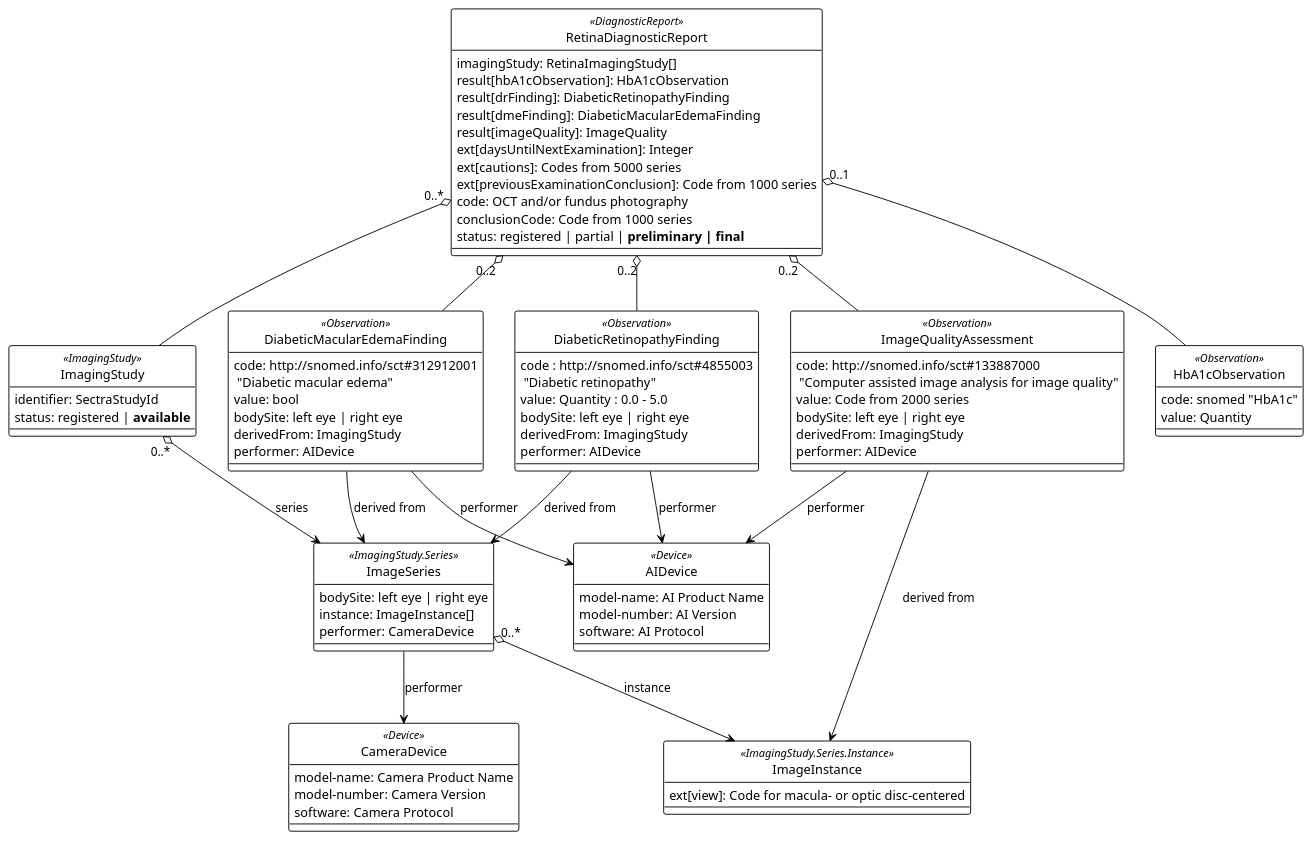
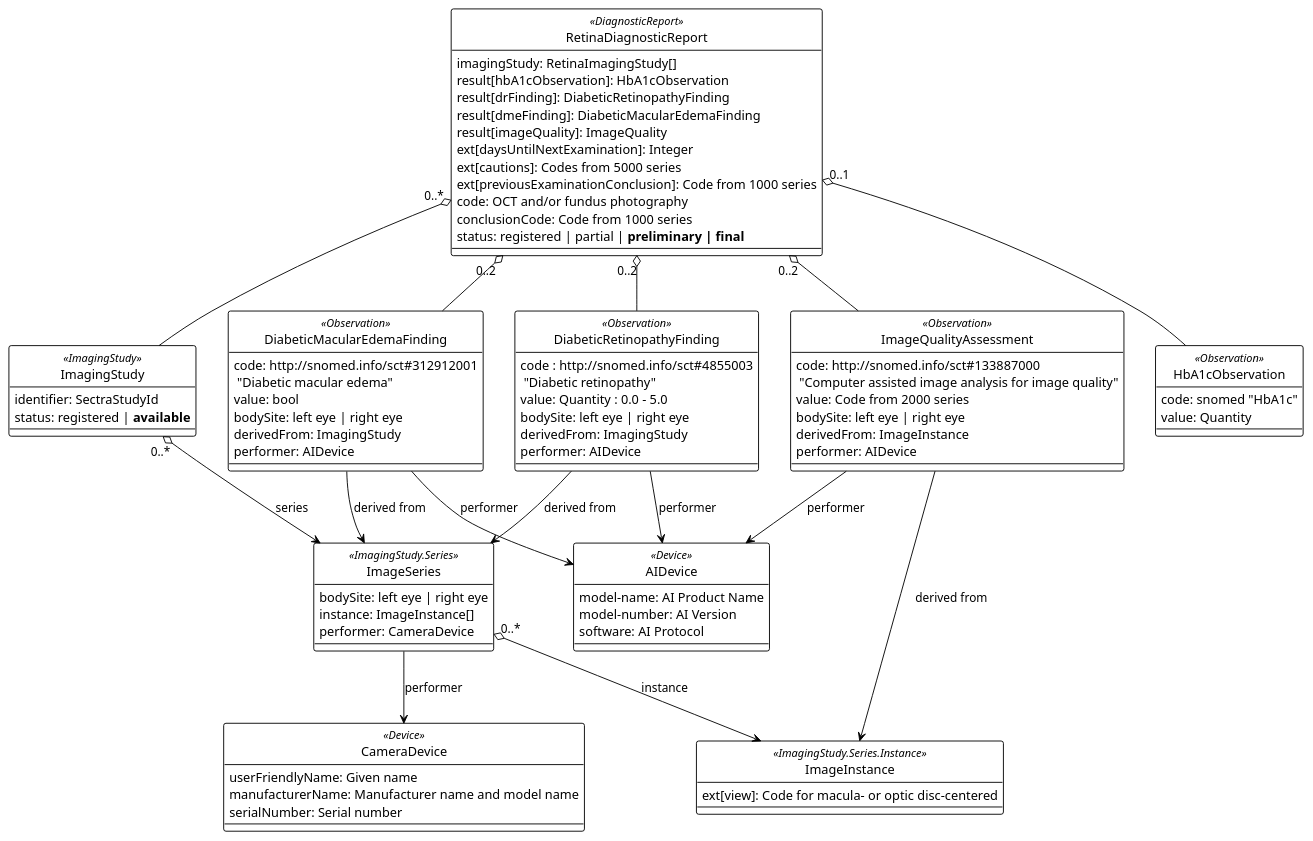
Before and after one commit to DIPSAS/DIPS-RetinaIntegration-IG: the diagram in docs/diagnostic-report-with-ai.puml, drawn with PlantUML. The commit also changed 702 other files, not shown here.

Commit message:
0.7.0 Fix cameraDevice, add performencaDateTime, make aiDevice and sectraStudyId optional

```diff
--- a/docs/diagnostic-report-with-ai.puml
+++ b/docs/diagnostic-report-with-ai.puml
@@ -1,118 +1,118 @@
 @startuml diagnostic-report-with-ai
 
 !theme plain
 skinparam backgroundColor #FFFFFF
 
 ' --- Skin Parameters for a Clean Look ---
 
 ' This is the correct command to hide all visibility markers (+, -, #)
 ' It's the standard way to achieve a diagram without these icons.
 hide circle
 
 ' Use orthogonal lines for cleaner relationships
 ' skinparam linetype ortho
 
 ' Add spacing between elements
 'skinparam nodesep 120
 'skinparam ranksep 120
 
 ' --- Define FHIR Resources as Classes ---
 
 class rdr as "RetinaDiagnosticReport" <<DiagnosticReport>>{
   imagingStudy: RetinaImagingStudy[]
   result[hbA1cObservation]: HbA1cObservation
   result[drFinding]: DiabeticRetinopathyFinding
   result[dmeFinding]: DiabeticMacularEdemaFinding
   result[imageQuality]: ImageQuality
   ext[daysUntilNextExamination]: Integer
   ext[cautions]: Codes from 5000 series
   ext[previousExaminationConclusion]: Code from 1000 series
   code: OCT and/or fundus photography
   conclusionCode: Code from 1000 series
   status: registered | partial | <b>preliminary | final</b>
 }
 
 class is as "ImagingStudy" <<ImagingStudy>> {
   identifier: SectraStudyId
   ' partOf: RetinaDiagnosticReport
   status: registered | <b>available</b>
 }
 
 class iss as "ImageSeries" <<ImagingStudy.Series>> {
   bodySite: left eye | right eye
   instance: ImageInstance[]
   performer: CameraDevice
 }
 
 class issi as "ImageInstance" <<ImagingStudy.Series.Instance>> {
   ext[view]: Code for macula- or optic disc-centered
 }
 
 Class CameraDevice <<Device>> {
-  model-name: Camera Product Name
-  model-number: Camera Version
-  software: Camera Protocol
+  userFriendlyName: Given name
+  manufacturerName: Manufacturer name and model name
+  serialNumber: Serial number
 }
 
 class AIDevice <<Device>> {
   model-name: AI Product Name
   model-number: AI Version
   software: AI Protocol
 } 
 
 class drf as "DiabeticRetinopathyFinding" <<Observation>> {
   code : http://snomed.info/sct#4855003\n "Diabetic retinopathy"
   value: Quantity : 0.0 - 5.0 
   bodySite: left eye | right eye
   derivedFrom: ImagingStudy
   performer: AIDevice
   ' partOf: RetinaDiagnosticReport
 }
 
 class dmef as "DiabeticMacularEdemaFinding" <<Observation>> {
   code: http://snomed.info/sct#312912001\n "Diabetic macular edema"
   value: bool 
   bodySite: left eye | right eye
   derivedFrom: ImagingStudy
   performer: AIDevice
   ' partOf: RetinaDiagnosticReport
 }
 
 class iqa as "ImageQualityAssessment" <<Observation>> {
   code: http://snomed.info/sct#133887000\n "Computer assisted image analysis for image quality"
   value: Code from 2000 series
   bodySite: left eye | right eye
-  derivedFrom: ImagingStudy
+  derivedFrom: ImageInstance
   performer: AIDevice
   ' partOf: RetinaDiagnosticReport
 }
 
 class HbA1cObservation <<Observation>> {
   code: snomed "HbA1c"
   value: Quantity
   'partOf: RetinaDiagnosticReport
 }
 
 ' --- Define the relationships ---
 
 rdr "0..1" o-- HbA1cObservation 
 rdr "0..2" o-- drf 
 rdr "0..2" o-- dmef
 rdr "0..2" o-- iqa
 rdr "0..*" o-- is
 iqa --> issi : "derived from"
 drf --> iss : "derived from"
 dmef --> iss : "derived from"
 iqa --> AIDevice : "performer"
 drf --> AIDevice : "performer"
 dmef --> AIDevice : "performer"
 ' is ..> rdr : "partOf"
 is "0..*" o--> iss : "series"
 iss "0..*" o--> issi : "instance"
 iss --> CameraDevice : "performer"
 ' iqa ..> rdr : "partOf"
 ' dmef ..> rdr : "partOf"
 ' drf ..> rdr : "partOf"
 ' HbA1cObservation ..> rdr : "partOf"
  
 @enduml
```
